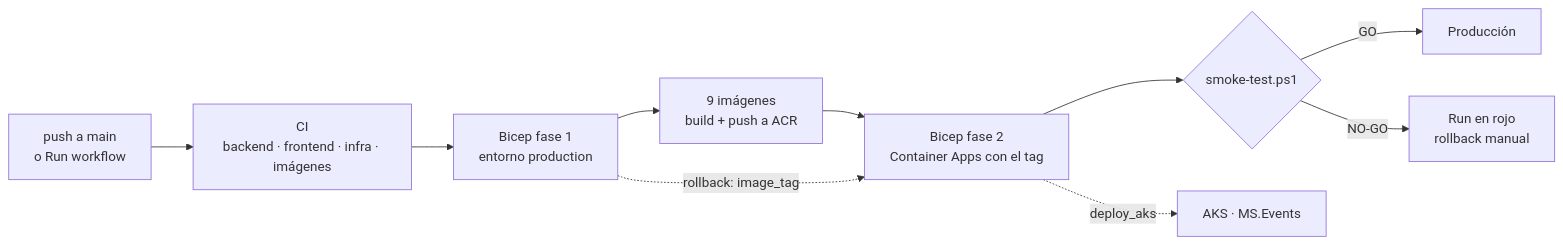
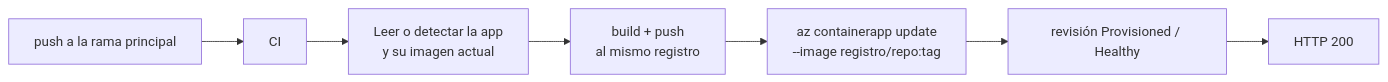
The diagram in cloud/microservices/docs/despliegue/CI-CD-GITHUB-ACTIONS.md (Carl-Fabri/TeamForMeBackend), drawn with Mermaid before and after one commit. The commit also changed other lines of this file and 4 other files, not shown here.

First line of the commit message:
CI/CD propio del backend con GitHub Actions

````diff
--- a/cloud/microservices/docs/despliegue/CI-CD-GITHUB-ACTIONS.md
+++ b/cloud/microservices/docs/despliegue/CI-CD-GITHUB-ACTIONS.md
@@ -15,12 +40,9 @@
 ```mermaid
 flowchart LR
-    push[push a main<br/>o Run workflow] --> ci[CI<br/>backend · frontend · infra · imágenes]
-    ci --> infra[Bicep fase 1<br/>entorno production]
-    infra --> img[9 imágenes<br/>build + push a ACR]
-    img --> apps[Bicep fase 2<br/>Container Apps con el tag]
-    infra -. rollback: image_tag .-> apps
-    apps --> smoke{smoke-test.ps1}
-    smoke -->|GO| ok[Producción]
-    smoke -->|NO-GO| fail[Run en rojo<br/>rollback manual]
-    apps -. deploy_aks .-> aks[AKS · MS.Events]
+    push[push a la rama principal] --> ci[CI]
+    ci --> det[Leer o detectar la app<br/>y su imagen actual]
+    det --> b1[build + push<br/>al mismo registro]
+    b1 --> up[az containerapp update<br/>--image registro/repo:tag]
+    up --> rev[revisión Provisioned / Healthy]
+    rev --> http[HTTP 200]
 ```
````
